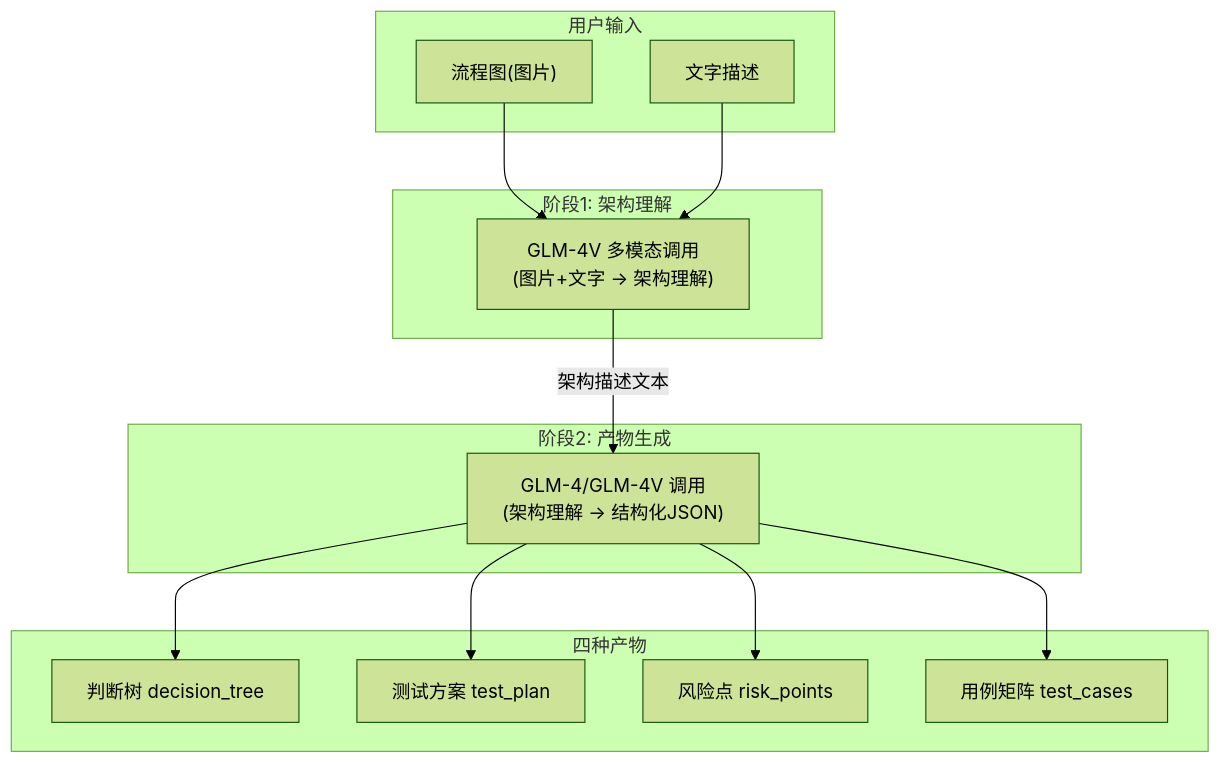
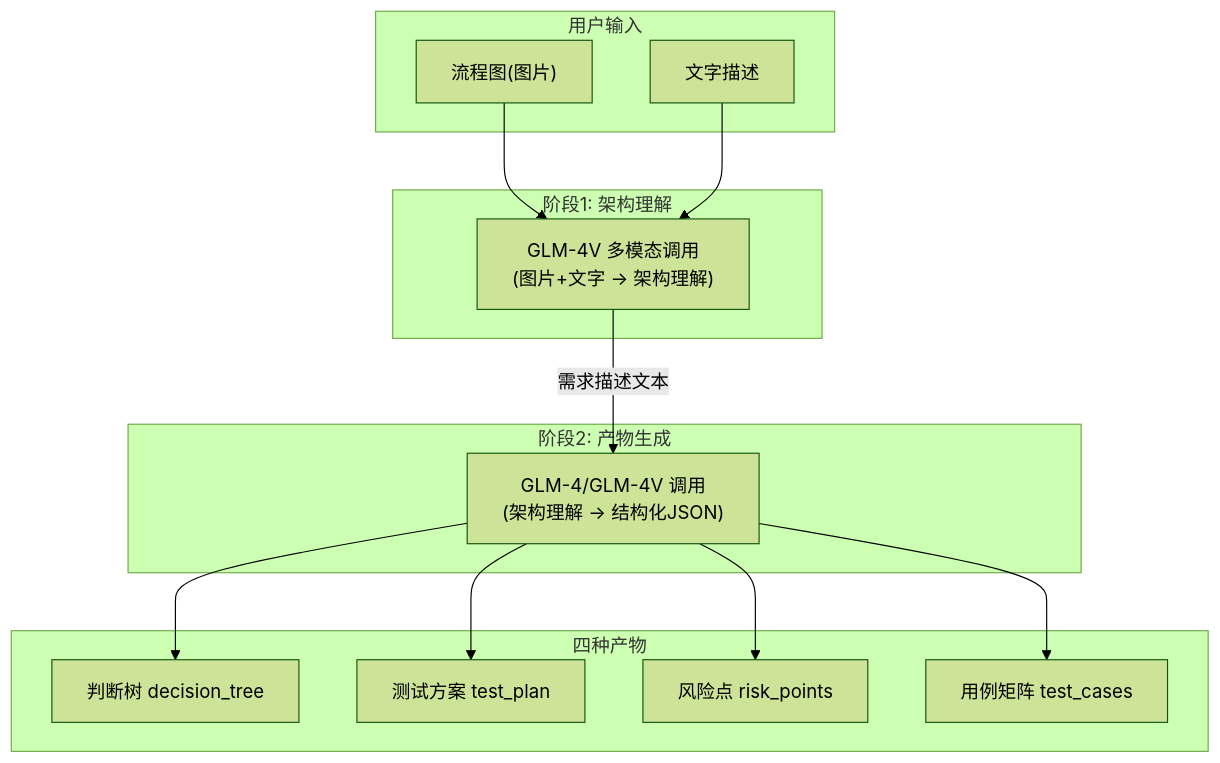
The diagram in docs/plans/架构拆解接入llm_d3e069f2.plan.md (oaoa9264/smart-test-knowledge-base), drawn with Mermaid (forest theme) before and after one commit. The commit also changed other lines of this file and 18 other files, not shown here.

````diff
--- a/docs/plans/架构拆解接入llm_d3e069f2.plan.md
+++ b/docs/plans/架构拆解接入llm_d3e069f2.plan.md
@@ -41,30 +41,30 @@
 ```mermaid
 flowchart TB
     subgraph input [用户输入]
         Image["流程图(图片)"]
         Text["文字描述"]
     end
 
     subgraph step1 [阶段1: 架构理解]
         VisionCall["GLM-4V 多模态调用\n(图片+文字 -> 架构理解)"]
     end
 
     subgraph step2 [阶段2: 产物生成]
         GenCall["GLM-4/GLM-4V 调用\n(架构理解 -> 结构化JSON)"]
     end
 
     subgraph output [四种产物]
         DT["判断树 decision_tree"]
         TP["测试方案 test_plan"]
         RP["风险点 risk_points"]
         TC["用例矩阵 test_cases"]
     end
 
     Image --> VisionCall
     Text --> VisionCall
-    VisionCall -->|"架构描述文本"| GenCall
+    VisionCall -->|"需求描述文本"| GenCall
     GenCall --> DT
     GenCall --> TP
     GenCall --> RP
     GenCall --> TC
 ```
````
